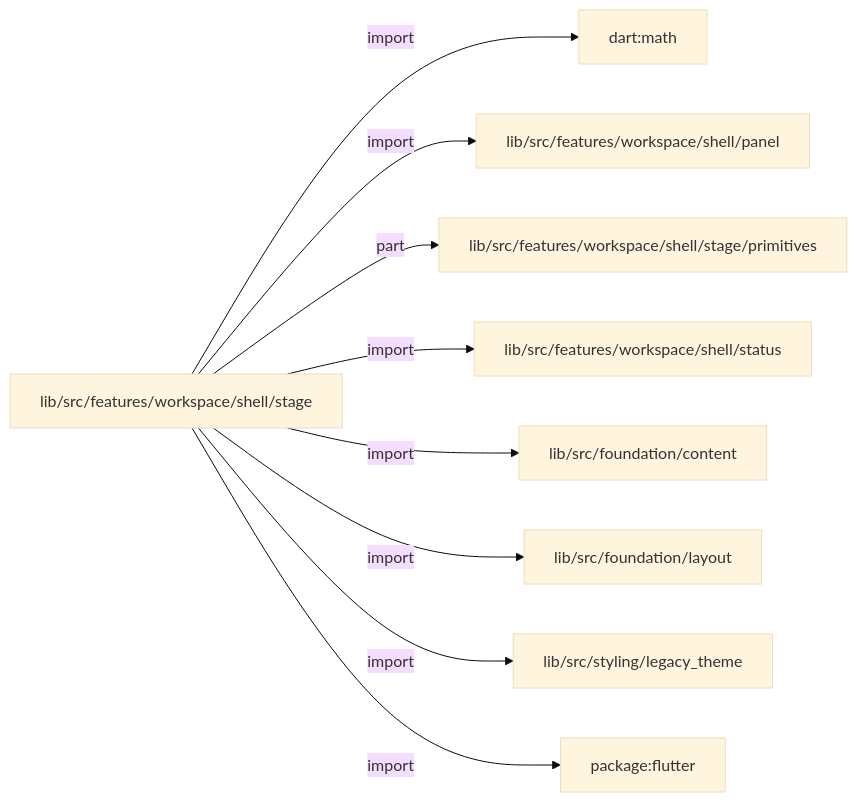
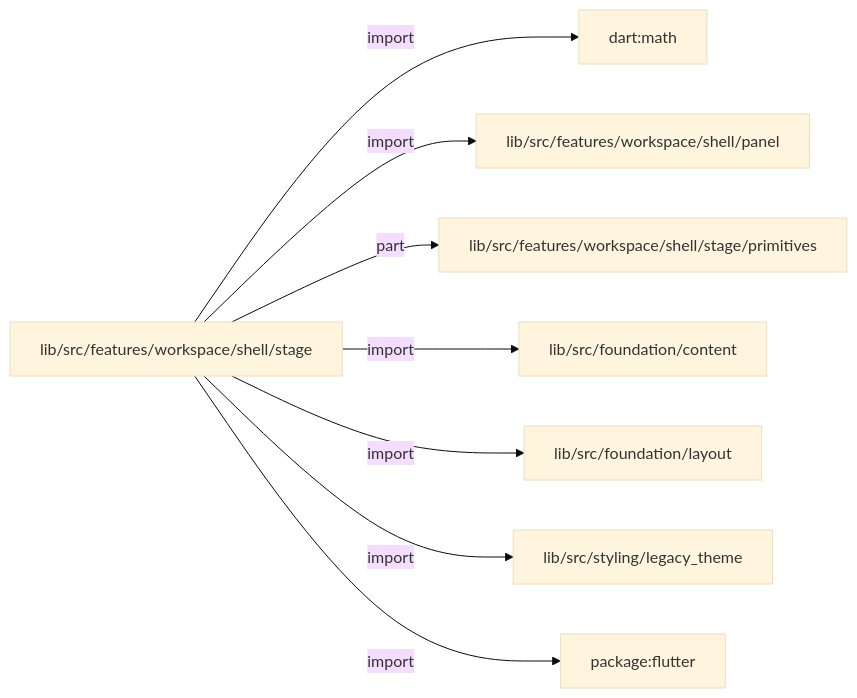
The first of 2 diagrams in docs/architecture/src/features/workspace/shell/stage/README.md (MiuDog/Kallopis), drawn with Mermaid (base theme) before and after one commit. The commit also changed other lines of this file and 9688 other files, not shown here.

Commit message:
Prepare isolated Flow F2 peer baseline

````diff
--- a/docs/architecture/src/features/workspace/shell/stage/README.md
+++ b/docs/architecture/src/features/workspace/shell/stage/README.md
@@ -13,20 +13,18 @@
 ```mermaid
 flowchart LR
 	n0["lib/src/features/workspace/shell/stage"]
 	n1["dart:math"]
 	n2["lib/src/features/workspace/shell/panel"]
 	n3["lib/src/features/workspace/shell/stage/primitives"]
-	n4["lib/src/features/workspace/shell/status"]
-	n5["lib/src/foundation/content"]
-	n6["lib/src/foundation/layout"]
-	n7["lib/src/styling/legacy_theme"]
-	n8["package:flutter"]
+	n4["lib/src/foundation/content"]
+	n5["lib/src/foundation/layout"]
+	n6["lib/src/styling/legacy_theme"]
+	n7["package:flutter"]
 	n0 -->|"import"| n1
 	n0 -->|"import"| n2
 	n0 -->|"part"| n3
 	n0 -->|"import"| n4
 	n0 -->|"import"| n5
 	n0 -->|"import"| n6
 	n0 -->|"import"| n7
-	n0 -->|"import"| n8
 ```
````
